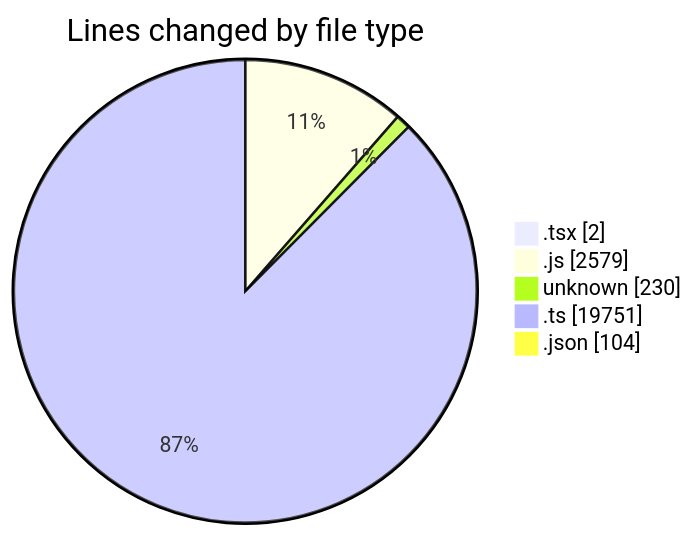
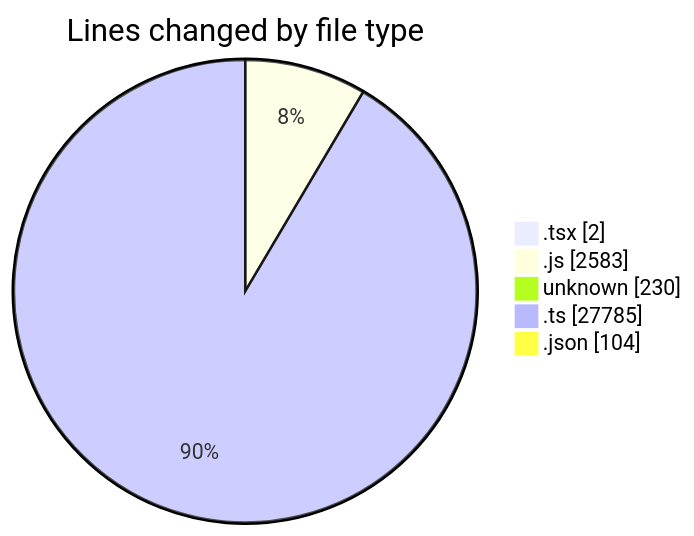
One commit to momahboobian/code-tracking changed the first of 2 diagrams in 2026-05-06/cda/README.md. Above: the diagram before and after it, drawn with Mermaid. The commit also changed other lines of this file and 1 other file, not shown here.

````diff
--- a/2026-05-06/cda/README.md
+++ b/2026-05-06/cda/README.md
@@ -35,9 +36,9 @@
 ```mermaid
 pie showData
 title Lines changed by file type
 ".tsx" : 2
-".js" : 2579
+".js" : 2583
 "unknown" : 230
-".ts" : 19751
+".ts" : 27785
 ".json" : 104
 ```
````
